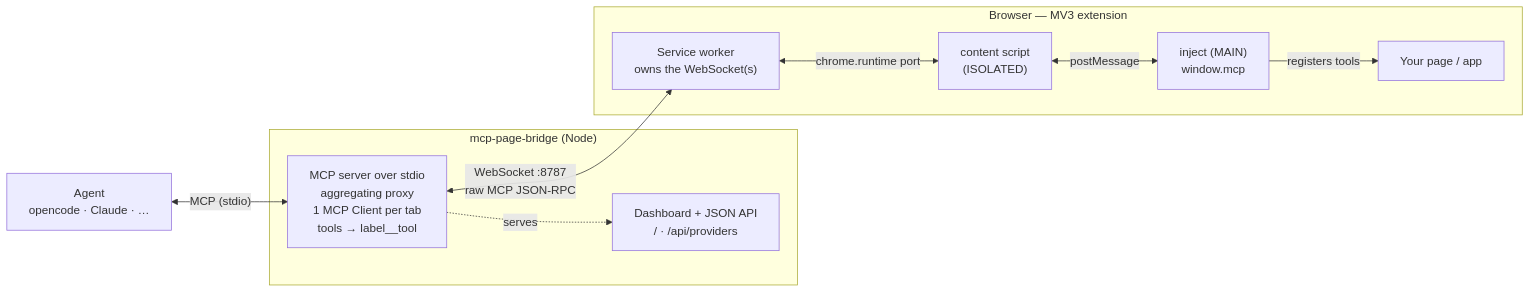
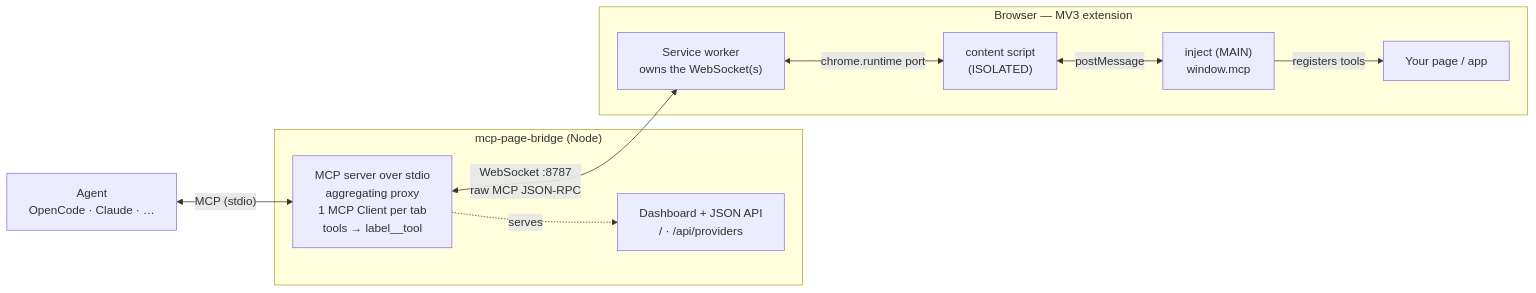
Before and after one commit to rytsh/mcp-page-bridge: the diagram in README.md, drawn with Mermaid. The commit also changed other lines of this file and 10 other files, not shown here.

````diff
--- a/README.md
+++ b/README.md
@@ -22,23 +22,23 @@
 ```mermaid
 flowchart LR
-    A["Agent<br/>opencode · Claude · …"]
+    A["Agent<br/>OpenCode · Claude · …"]
 
     subgraph bridge["mcp-page-bridge (Node)"]
         B["MCP server over stdio<br/>aggregating proxy<br/>1 MCP Client per tab<br/>tools → label__tool"]
         D["Dashboard + JSON API<br/>/ · /api/providers"]
     end
 
     subgraph ext["Browser — MV3 extension"]
         SW["Service worker<br/>owns the WebSocket(s)"]
         CS["content script<br/>(ISOLATED)"]
         IN["inject (MAIN)<br/>window.mcp"]
         PG["Your page / app"]
     end
 
     A <-->|"MCP (stdio)"| B
     B <-->|"WebSocket :8787<br/>raw MCP JSON-RPC"| SW
     SW <-->|"chrome.runtime port"| CS
     CS <-->|"postMessage"| IN
     IN -->|"registers tools"| PG
     B -.->|serves| D
 ```
````
